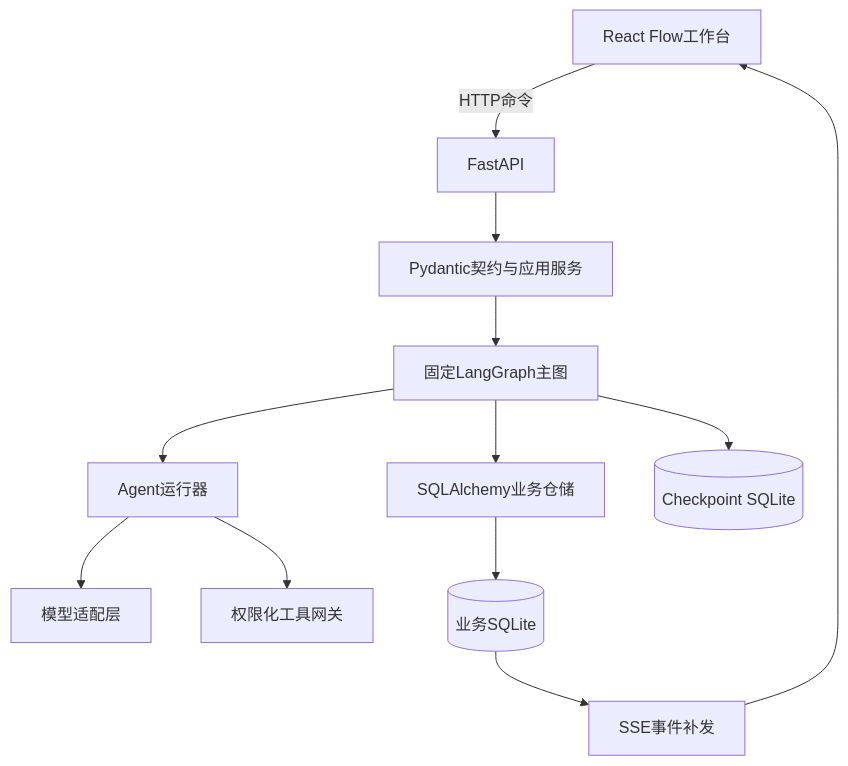
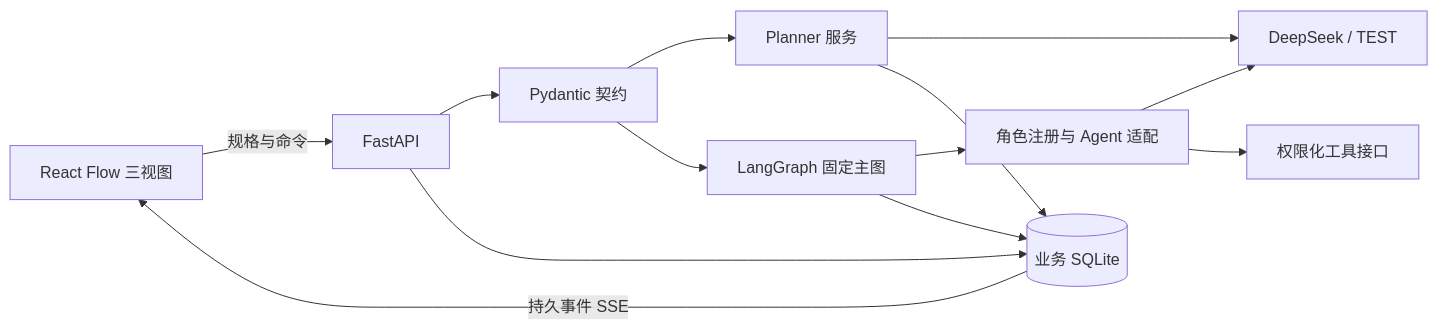
The diagram in docs/architecture/SYSTEM_ARCHITECTURE.md (cocoliler/SE-lib), drawn with Mermaid before and after one commit. The commit also changed other lines of this file and 26 other files, not shown here.

Commit message:
docs: 更新 FlowStudio v3 设计与选课验收方案

````diff
--- a/docs/architecture/SYSTEM_ARCHITECTURE.md
+++ b/docs/architecture/SYSTEM_ARCHITECTURE.md
@@ -3,14 +3,15 @@
 ```mermaid
-flowchart TB
- UI[React Flow工作台] -->|HTTP命令| API[FastAPI]
- API --> Contracts[Pydantic契约与应用服务]
- Contracts --> LG[固定LangGraph主图]
- LG --> Agents[Agent运行器]
- Agents --> Models[模型适配层]
- Agents --> Tools[权限化工具网关]
- LG --> Repo[SQLAlchemy业务仓储]
- Repo --> DB[(业务SQLite)]
- LG --> CP[(Checkpoint SQLite)]
- DB --> SSE[SSE事件补发]
- SSE --> UI
+flowchart LR
+ F[React Flow 三视图] -->|规格与命令| API[FastAPI]
+ API --> S[Pydantic 契约]
+ S --> P[Planner 服务]
+ S --> O[LangGraph 固定主图]
+ O --> A[角色注册与 Agent 适配]
+ P --> M[DeepSeek / TEST]
+ A --> M
+ A --> T[权限化工具接口]
+ P --> DB[(业务 SQLite)]
+ O --> DB
+ API --> DB
+ DB -->|持久事件 SSE| F
 ```
````
